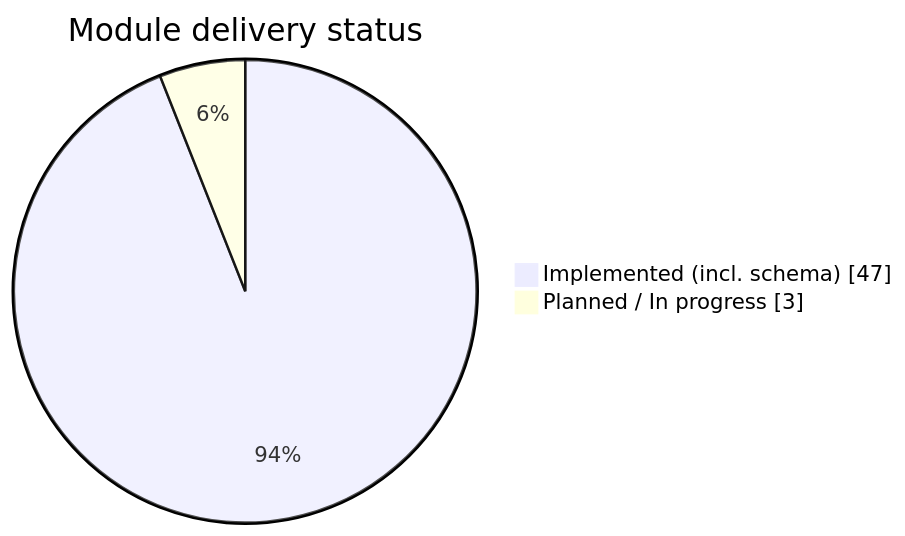
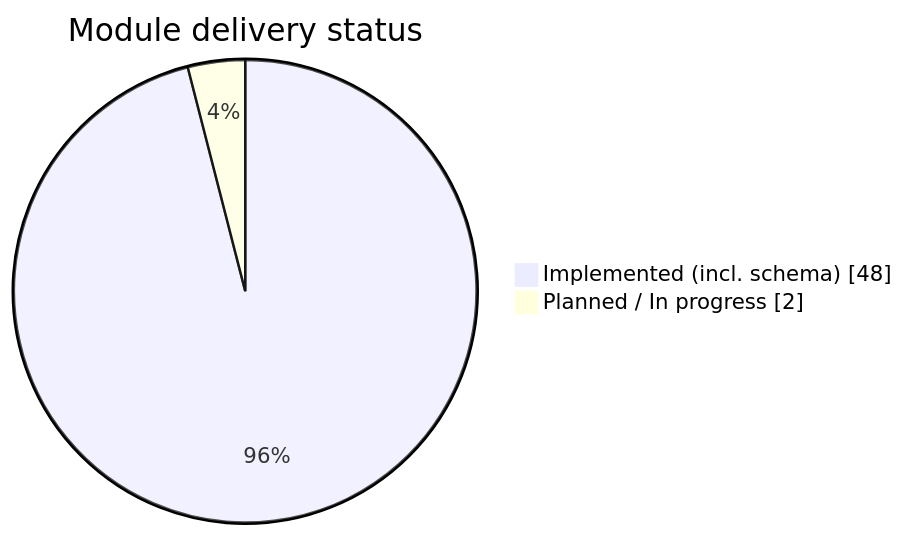
One commit to RITH-1437/educore changed the first of 2 diagrams in docs/6_Module-Status-and-Roadmap.md. Above: the diagram before and after it, drawn with Mermaid. The commit also changed other lines of this file and 18 other files, not shown here.

````diff
--- a/docs/6_Module-Status-and-Roadmap.md
+++ b/docs/6_Module-Status-and-Roadmap.md
@@ -47,6 +47,6 @@
 ```mermaid
 pie showData
   title Module delivery status
-  "Implemented (incl. schema)" : 47
-  "Planned / In progress" : 3
+  "Implemented (incl. schema)" : 48
+  "Planned / In progress" : 2
 ```
````
